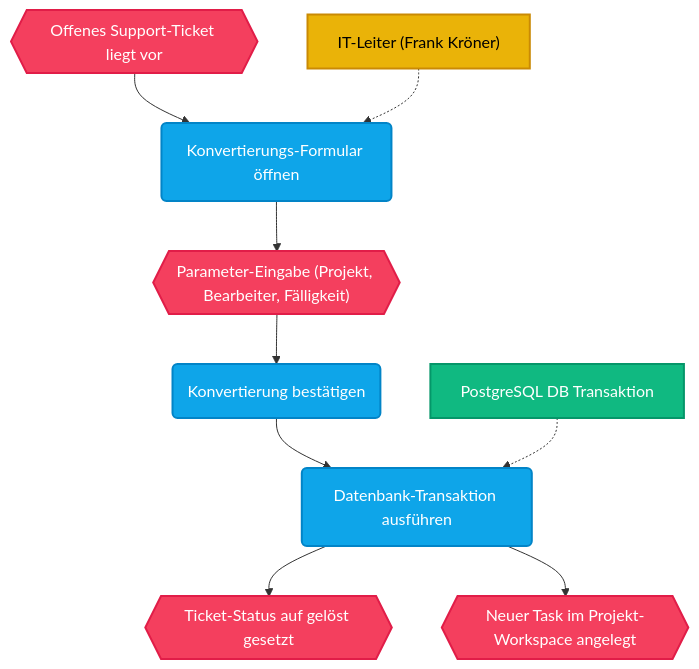
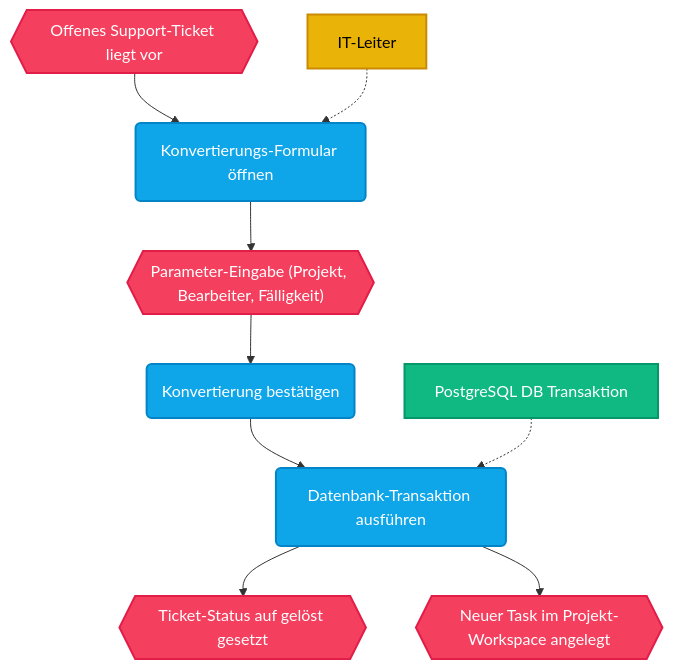
The second of 3 diagrams in README.md (kolkrabeofdoom/KoWoPlanner), drawn with Mermaid before and after one commit.

Commit message:
Remove Frank Kröner from EPK diagrams in README.md

````diff
--- a/README.md
+++ b/README.md
@@ -63,18 +63,18 @@
 ```mermaid
 flowchart TD
     classDef event fill:#f43f5e,stroke:#e11d48,stroke-width:2px,color:#fff;
     classDef function fill:#0ea5e9,stroke:#0284c7,stroke-width:2px,color:#fff;
     classDef connector fill:#4b5563,stroke:#374151,stroke-width:2px,color:#fff;
     classDef org fill:#eab308,stroke:#ca8a04,stroke-width:2px,color:#000;
     classDef info fill:#10b981,stroke:#059669,stroke-width:2px,color:#fff;
 
     E1{{"Offenes Support-Ticket liegt vor"}}:::event --> F1("Konvertierungs-Formular öffnen"):::function
-    Org1["IT-Leiter (Frank Kröner)"]:::org -.-> F1
+    Org1["IT-Leiter"]:::org -.-> F1
     F1 --> E2{{"Parameter-Eingabe (Projekt, Bearbeiter, Fälligkeit)"}}:::event
     E2 --> F2("Konvertierung bestätigen"):::function
     F2 --> F3("Datenbank-Transaktion ausführen"):::function
     Info1["PostgreSQL DB Transaktion"]:::info -.-> F3
     
     F3 --> E3{{"Ticket-Status auf gelöst gesetzt"}}:::event
     F3 --> E4{{"Neuer Task im Projekt-Workspace angelegt"}}:::event
 ```
````
